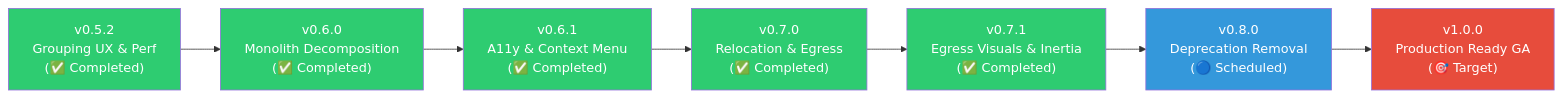
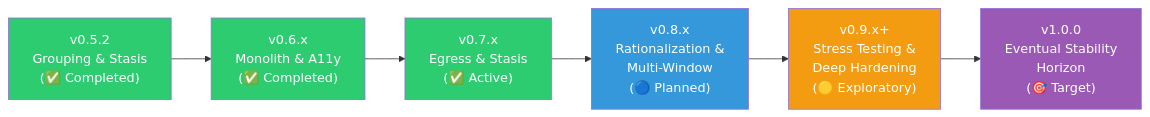
The diagram in doc/roadmap.md (pccria/flutter_notification_queue), drawn with Mermaid before and after one commit. The commit also changed other lines of this file and 12 other files, not shown here.

First line of the commit message:
docs(architecture): comprehensive overhaul of philosophy axioms, deep-dive guides, agent rules, and specifications

````diff
--- a/doc/roadmap.md
+++ b/doc/roadmap.md
@@ -11,17 +33,22 @@
 ```mermaid
 graph LR
-    A["v0.5.2<br/>Grouping UX & Perf<br/>(✅ Completed)"] --> B["v0.6.0<br/>Monolith Decomposition<br/>(✅ Completed)"]
-    B --> C["v0.6.1<br/>A11y & Context Menu<br/>(✅ Completed)"]
-    C --> D["v0.7.0<br/>Relocation & Egress<br/>(✅ Completed)"]
-    D --> E["v0.7.1<br/>Egress Visuals & Inertia<br/>(✅ Completed)"]
-    E --> F["v0.8.0<br/>Deprecation Removal<br/>(🔵 Scheduled)"]
-    F --> G["v1.0.0<br/>Production Ready GA<br/>(🎯 Target)"]
+    A["v0.5.2<br/>Grouping & Stasis<br/>(✅ Completed)"]
+    B["v0.6.x<br/>Monolith & A11y<br/>(✅ Completed)"]
+    C["v0.7.x<br/>Egress & Stasis<br/>(✅ Active)"]
+    D["v0.8.x<br/>Rationalization &<br/>Multi-Window<br/>(🔵 Planned)"]
+    E["v0.9.x+<br/>Stress Testing &<br/>Deep Hardening<br/>(🟡 Exploratory)"]
+    F["v1.0.0<br/>Eventual Stability<br/>Horizon<br/>(🎯 Target)"]
+
+    A --> B
+    B --> C
+    C --> D
+    D --> E
+    E --> F
 
     style A fill:#2ecc71,color:#fff
     style B fill:#2ecc71,color:#fff
     style C fill:#2ecc71,color:#fff
-    style D fill:#2ecc71,color:#fff
-    style E fill:#2ecc71,color:#fff
-    style F fill:#3498db,color:#fff
-    style G fill:#e74c3c,color:#fff
+    style D fill:#3498db,color:#fff
+    style E fill:#f39c12,color:#fff
+    style F fill:#9b59b6,color:#fff
 ```
````
